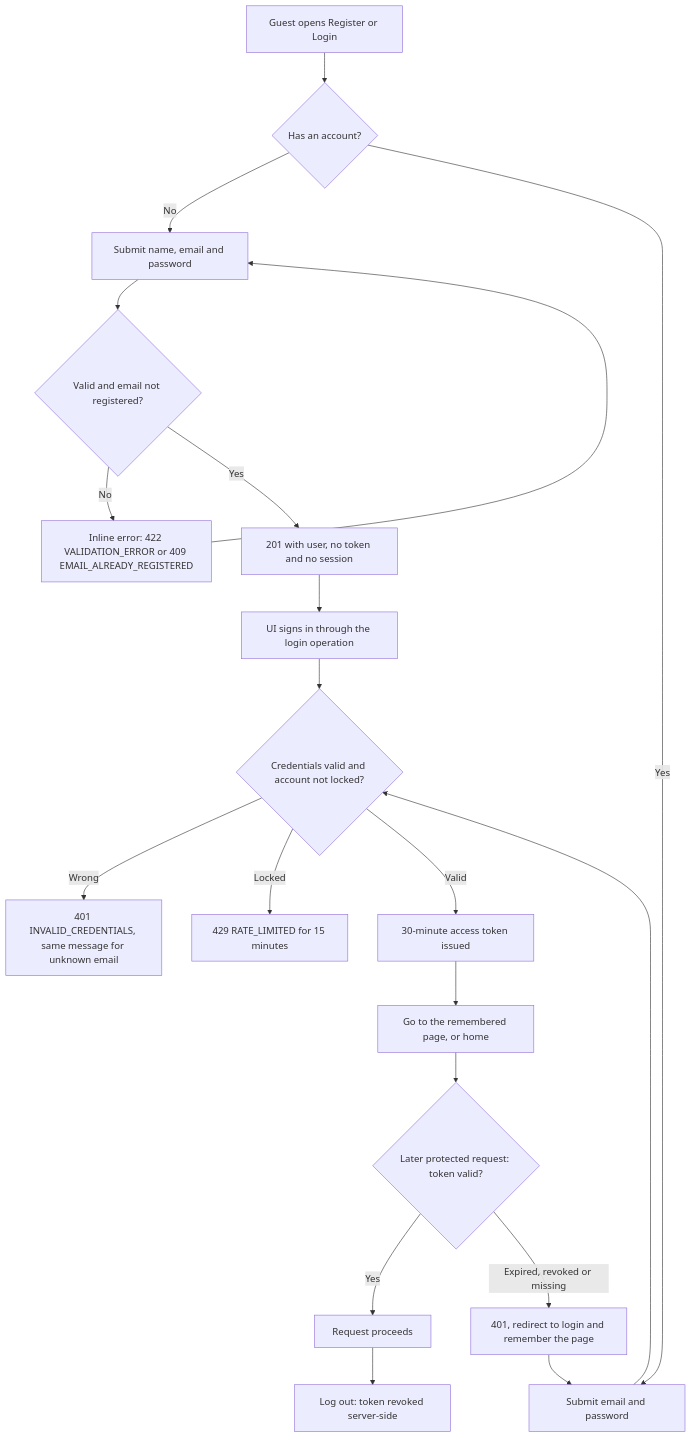
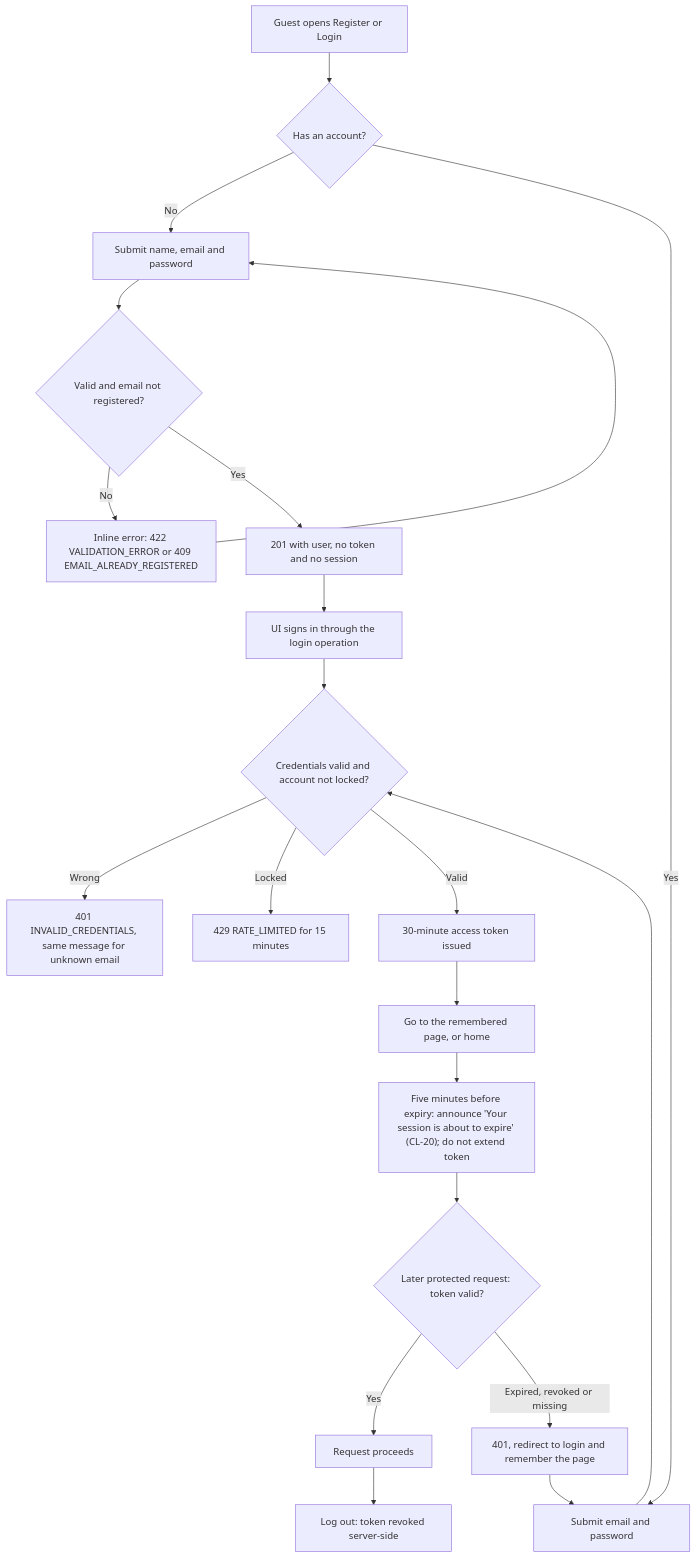
Before and after one commit to thabo81/nexacart-ecommerce-sdet: the first of 12 diagrams in docs/planning/USER_STORIES_AND_FLOWS.md, drawn with Mermaid. The commit also changed other lines of this file, not shown here.

````diff
--- a/docs/planning/USER_STORIES_AND_FLOWS.md
+++ b/docs/planning/USER_STORIES_AND_FLOWS.md
@@ -890,22 +892,23 @@
 ```mermaid
 flowchart TD
   A["Guest opens Register or Login"] --> B{"Has an account?"}
   B -->|No| R["Submit name, email and password"]
   R --> V{"Valid and email not registered?"}
   V -->|No| RE["Inline error: 422 VALIDATION_ERROR or 409 EMAIL_ALREADY_REGISTERED"]
   RE --> R
   V -->|Yes| C["201 with user, no token and no session"]
   C --> L["UI signs in through the login operation"]
   B -->|Yes| L0["Submit email and password"]
   L0 --> K{"Credentials valid and account not locked?"}
   L --> K
   K -->|Wrong| E1["401 INVALID_CREDENTIALS, same message for unknown email"]
   K -->|Locked| E2["429 RATE_LIMITED for 15 minutes"]
   K -->|Valid| T["30-minute access token issued"]
   T --> D["Go to the remembered page, or home"]
-  D --> U{"Later protected request: token valid?"}
+  D --> W["Five minutes before expiry: announce 'Your session is about to expire' (CL-20); do not extend token"]
+  W --> U{"Later protected request: token valid?"}
   U -->|Yes| OK["Request proceeds"]
   U -->|"Expired, revoked or missing"| X["401, redirect to login and remember the page"]
   X --> L0
   OK --> LO["Log out: token revoked server-side"]
 ```
````
